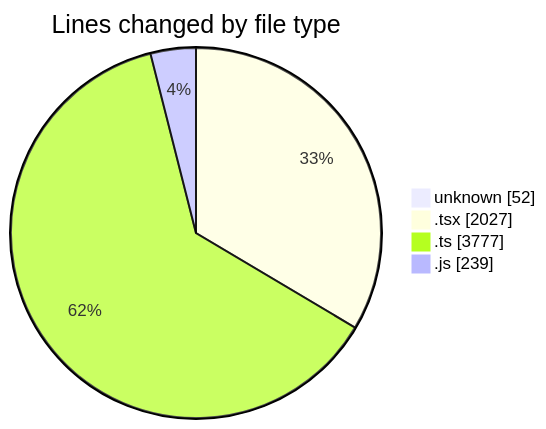
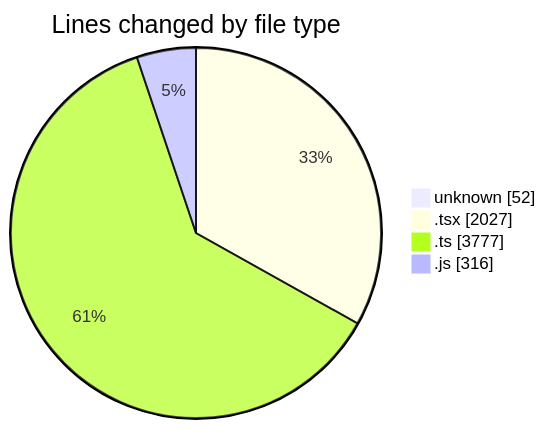
The first of 2 diagrams in 2025-06-02/ecodeli-1/README.md (CELIANVF/code-tracking), drawn with Mermaid before and after one commit. The commit also changed other lines of this file and 1 other file, not shown here.

````diff
--- a/2025-06-02/ecodeli-1/README.md
+++ b/2025-06-02/ecodeli-1/README.md
@@ -52,8 +53,8 @@
 ```mermaid
 pie showData
 title Lines changed by file type
 "unknown" : 52
 ".tsx" : 2027
 ".ts" : 3777
-".js" : 239
+".js" : 316
 ```
````
